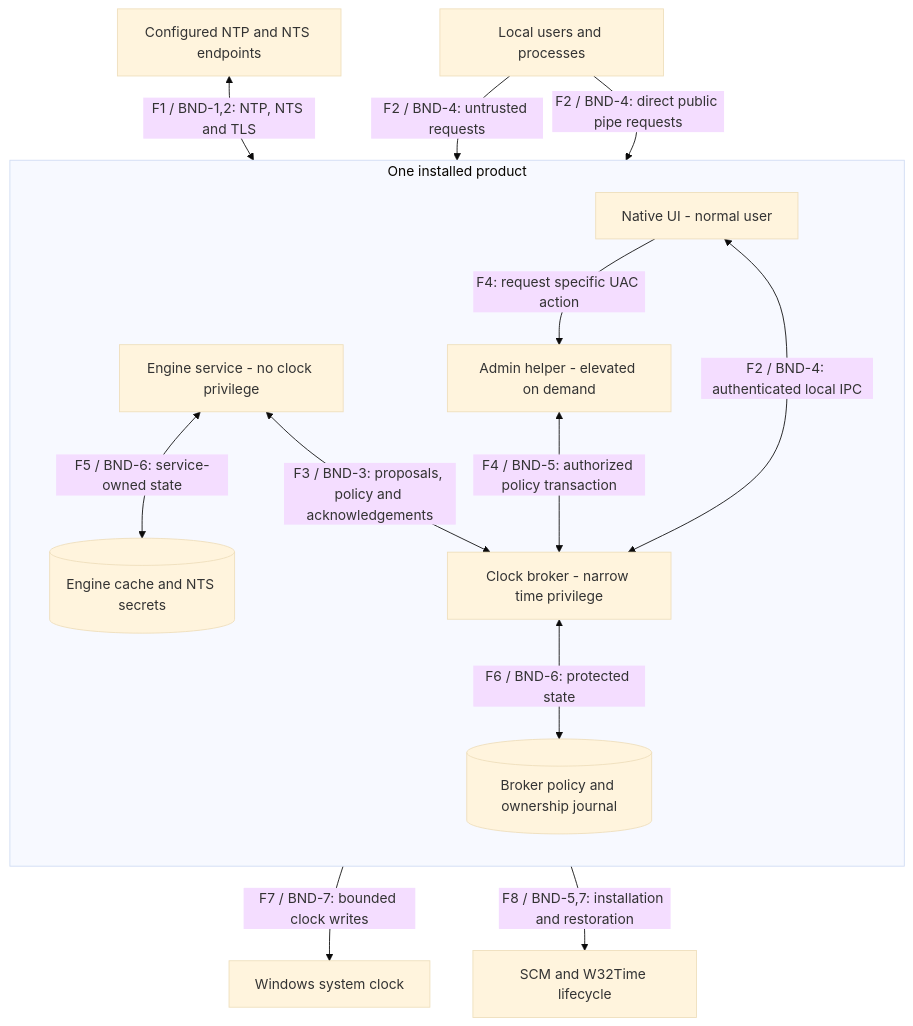
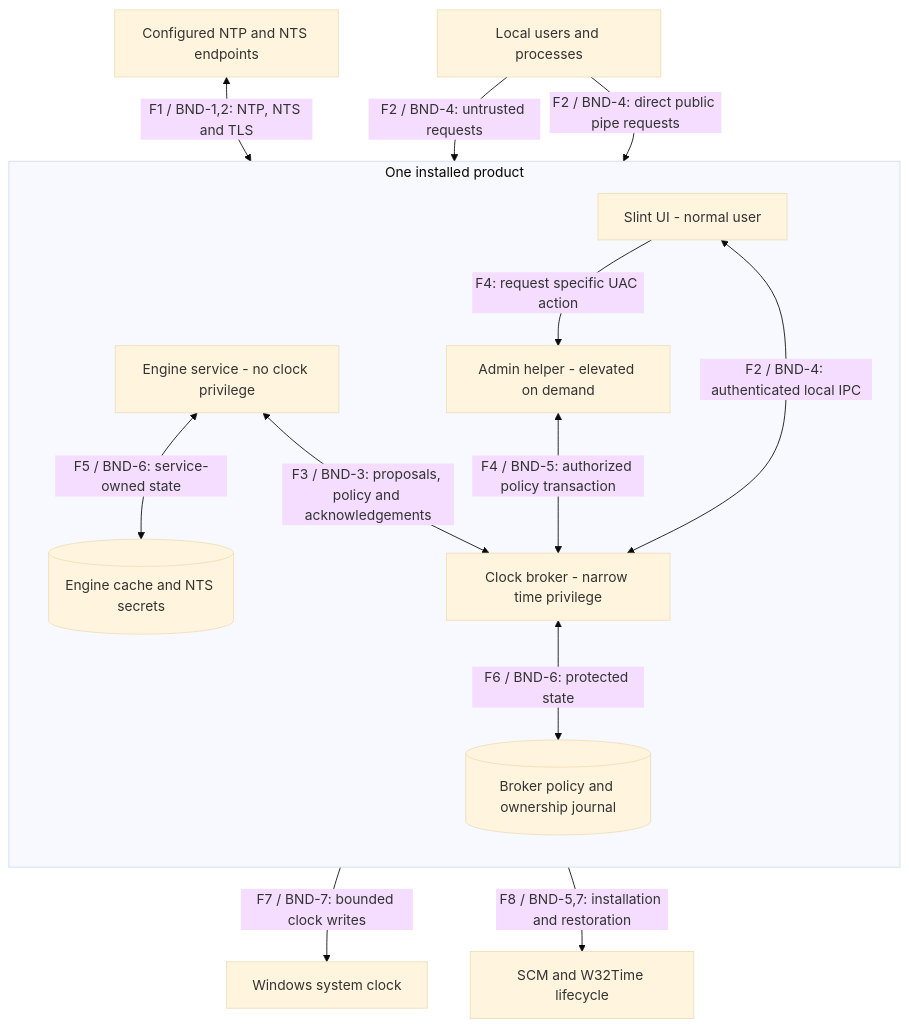
One commit to DavidOsipov/NevroTick changed the first of 5 diagrams in docs/windows-time-diagrams.md. Above: the diagram before and after it, drawn with Mermaid (base theme). The commit also changed other lines of this file and 70 other files, not shown here.

````diff
--- a/docs/windows-time-diagrams.md
+++ b/docs/windows-time-diagrams.md
@@ -37,27 +43,27 @@
 ```mermaid
 flowchart TD
     N["Configured NTP and NTS endpoints"]
     O["Local users and processes"]
     subgraph PRODUCT["One installed product"]
         direction TB
-        U["Native UI - normal user"]
+        U["Slint UI - normal user"]
         E["Engine service - no clock privilege"]
         B["Clock broker - narrow time privilege"]
         A["Admin helper - elevated on demand"]
         ES[("Engine cache and NTS secrets")]
         BS[("Broker policy and ownership journal")]
     end
     W["Windows system clock"]
     L["SCM and W32Time lifecycle"]
     N <-->|"F1 / BND-1,2: NTP, NTS and TLS"| E
     O -->|"F2 / BND-4: untrusted requests"| U
     O -->|"F2 / BND-4: direct public pipe requests"| B
     U <-->|"F2 / BND-4: authenticated local IPC"| B
     E <-->|"F3 / BND-3: proposals, policy and acknowledgements"| B
     U -->|"F4: request specific UAC action"| A
     A <-->|"F4 / BND-5: authorized policy transaction"| B
     E <-->|"F5 / BND-6: service-owned state"| ES
     B <-->|"F6 / BND-6: protected state"| BS
     B -->|"F7 / BND-7: bounded clock writes"| W
     A -->|"F8 / BND-5,7: installation and restoration"| L
 ```
````
